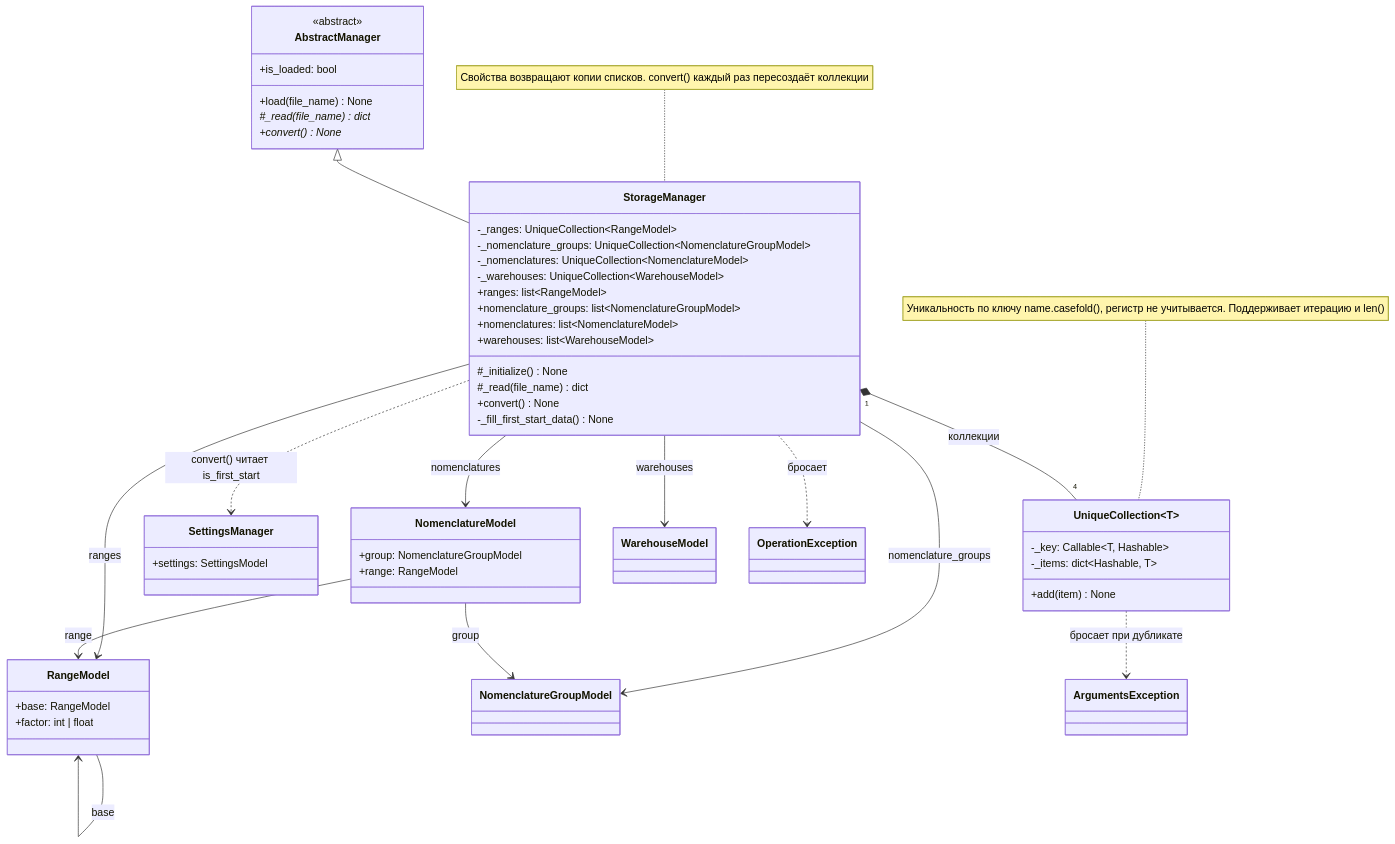
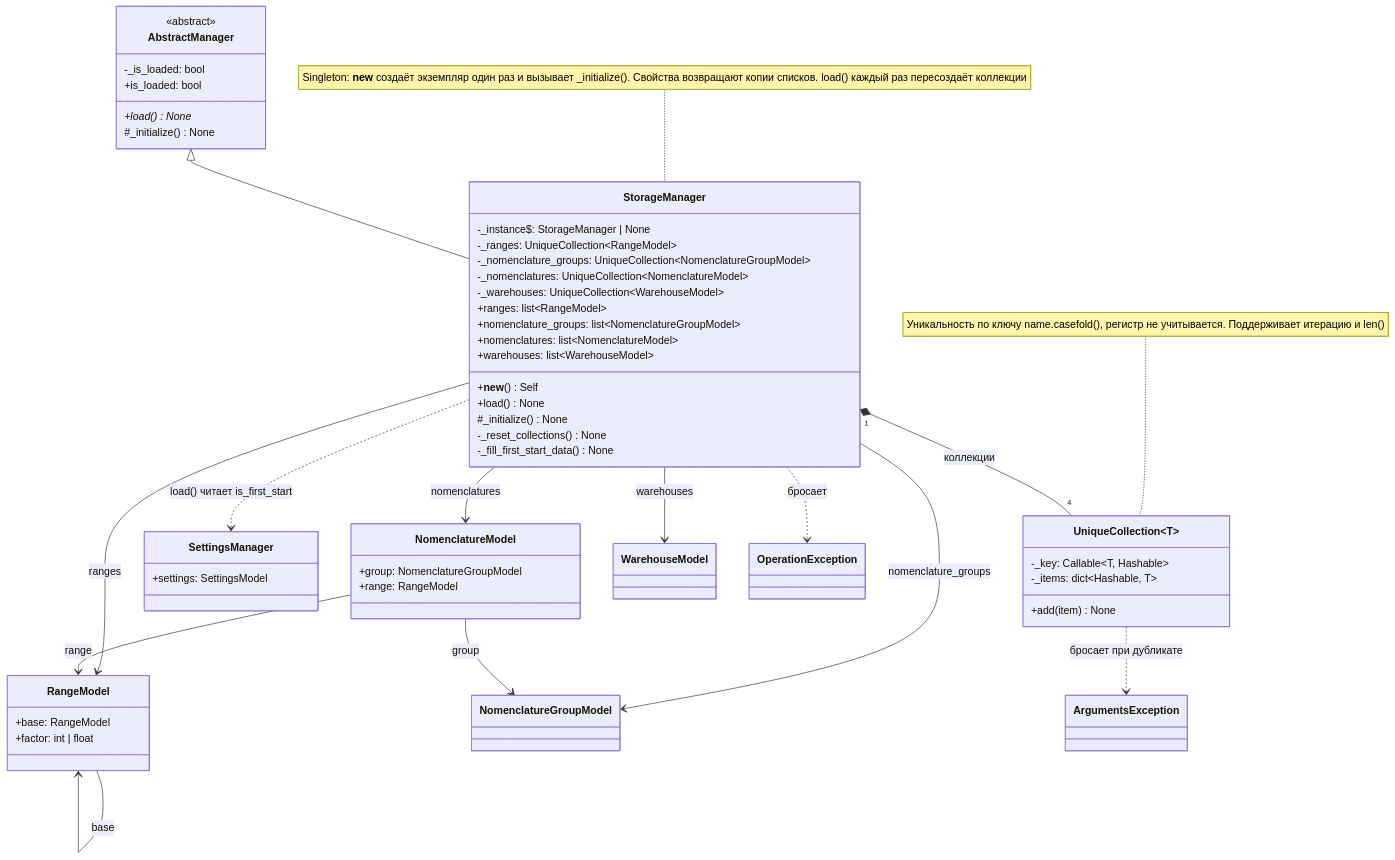
One commit to asutenshi/design-patterns changed the fourth of 4 diagrams in Docs/ClassDiagram.md. Above: the diagram before and after it, drawn with Mermaid. The commit also changed other lines of this file and 9 other files, not shown here.

````diff
--- a/Docs/ClassDiagram.md
+++ b/Docs/ClassDiagram.md
@@ -225,69 +237,71 @@
 ```mermaid
 classDiagram
     direction TB
 
     class AbstractManager {
         <<abstract>>
+        -_is_loaded: bool
         +is_loaded: bool
-        +load(file_name) None
-        #_read(file_name)* dict
-        +convert()* None
+        +load()* None
+        #_initialize() None
     }
 
     class StorageManager {
+        -_instance$: StorageManager | None
         -_ranges: UniqueCollection~RangeModel~
         -_nomenclature_groups: UniqueCollection~NomenclatureGroupModel~
         -_nomenclatures: UniqueCollection~NomenclatureModel~
         -_warehouses: UniqueCollection~WarehouseModel~
         +ranges: list~RangeModel~
         +nomenclature_groups: list~NomenclatureGroupModel~
         +nomenclatures: list~NomenclatureModel~
         +warehouses: list~WarehouseModel~
+        +__new__() Self
+        +load() None
         #_initialize() None
-        #_read(file_name) dict
-        +convert() None
+        -_reset_collections() None
         -_fill_first_start_data() None
     }
 
-    note for StorageManager "Свойства возвращают копии списков. convert() каждый раз пересоздаёт коллекции"
+    note for StorageManager "Singleton: __new__ создаёт экземпляр один раз и вызывает _initialize(). Свойства возвращают копии списков. load() каждый раз пересоздаёт коллекции"
 
     class UniqueCollection~T~ {
         -_key: Callable~T, Hashable~
         -_items: dict~Hashable, T~
         +add(item) None
     }
 
     note for UniqueCollection "Уникальность по ключу name.casefold(), регистр не учитывается. Поддерживает итерацию и len()"
 
     class SettingsManager {
         +settings: SettingsModel
     }
 
     class RangeModel {
         +base: RangeModel
         +factor: int | float
     }
 
     class NomenclatureModel {
         +group: NomenclatureGroupModel
         +range: RangeModel
     }
 
     class NomenclatureGroupModel
     class WarehouseModel
     class ArgumentsException
     class OperationException
 
     AbstractManager <|-- StorageManager
     StorageManager "1" *-- "4" UniqueCollection : коллекции
-    StorageManager ..> SettingsManager : convert() читает is_first_start
+    StorageManager ..> SettingsManager : load() читает is_first_start
     StorageManager --> RangeModel : ranges
     StorageManager --> NomenclatureGroupModel : nomenclature_groups
     StorageManager --> NomenclatureModel : nomenclatures
     StorageManager --> WarehouseModel : warehouses
     NomenclatureModel --> NomenclatureGroupModel : group
     NomenclatureModel --> RangeModel : range
     RangeModel --> RangeModel : base
     UniqueCollection ..> ArgumentsException : бросает при дубликате
     StorageManager ..> OperationException : бросает
 ```
````
